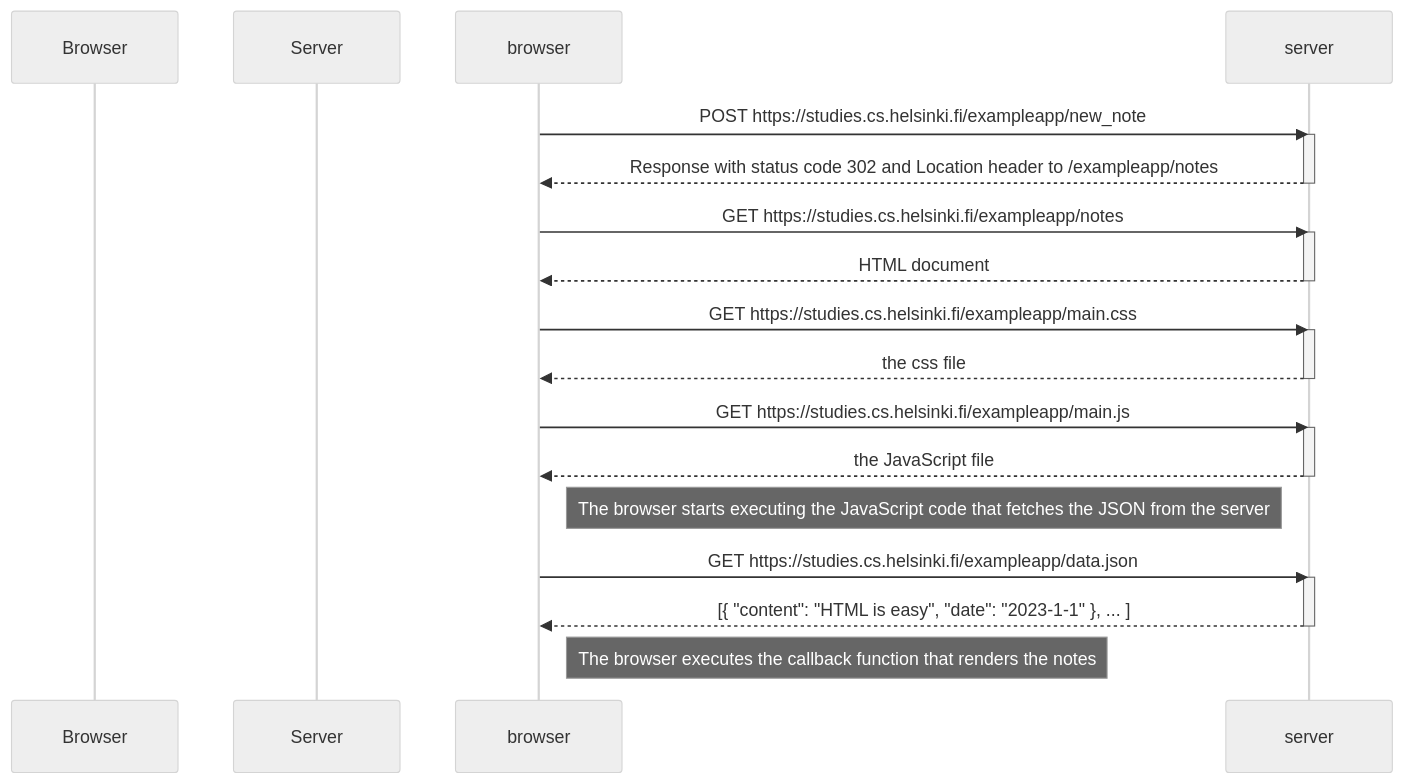
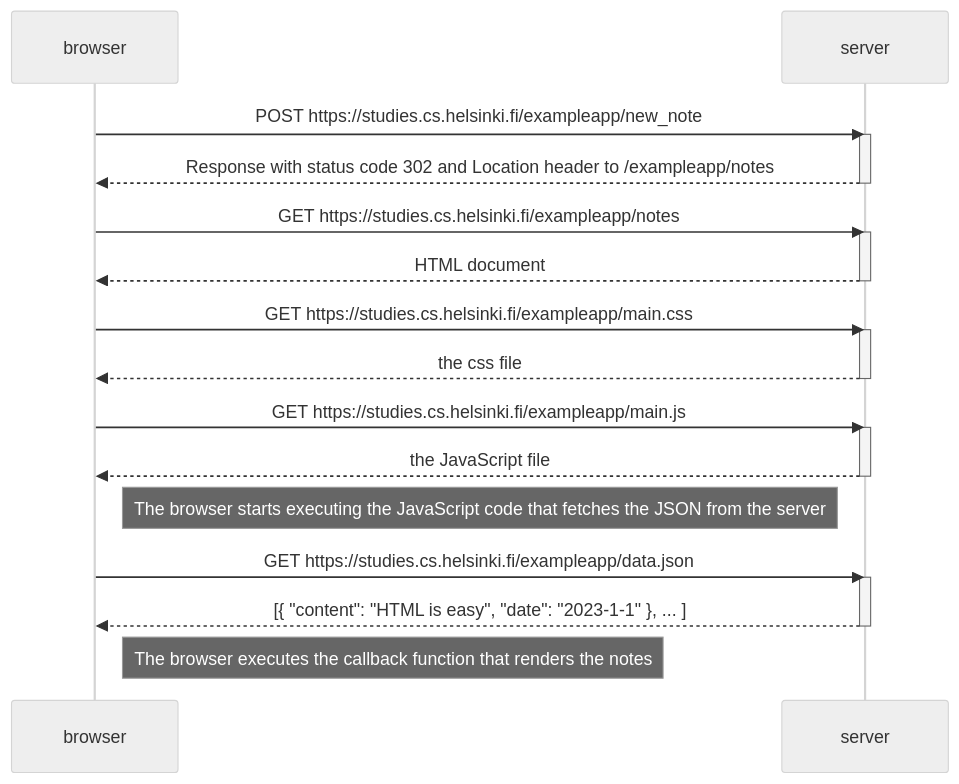
The diagram in part0/0.4-new-diagram.md (worellana/fullstackopen_course), drawn with Mermaid (neutral theme) before and after one commit.

Commit message:
fixed diagram of the exercise 0.4

````diff
--- a/part0/0.4-new-diagram.md
+++ b/part0/0.4-new-diagram.md
@@ -1,34 +1,31 @@
 ```mermaid
 sequenceDiagram
-    participant Browser
-    participant Server
-
     browser->>server: POST https://studies.cs.helsinki.fi/exampleapp/new_note
     activate server
     server-->>browser: Response with status code 302 and Location header to /exampleapp/notes
     deactivate server
 
     browser->>server: GET https://studies.cs.helsinki.fi/exampleapp/notes
     activate server
     server-->>browser: HTML document
     deactivate server
 
     browser->>server: GET https://studies.cs.helsinki.fi/exampleapp/main.css
     activate server
     server-->>browser: the css file
     deactivate server
 
     browser->>server: GET https://studies.cs.helsinki.fi/exampleapp/main.js
     activate server
     server-->>browser: the JavaScript file
     deactivate server
 
     Note right of browser: The browser starts executing the JavaScript code that fetches the JSON from the server
 
     browser->>server: GET https://studies.cs.helsinki.fi/exampleapp/data.json
     activate server
     server-->>browser: [{ "content": "HTML is easy", "date": "2023-1-1" }, ... ]
     deactivate server
 
     Note right of browser: The browser executes the callback function that renders the notes
 ```
````
